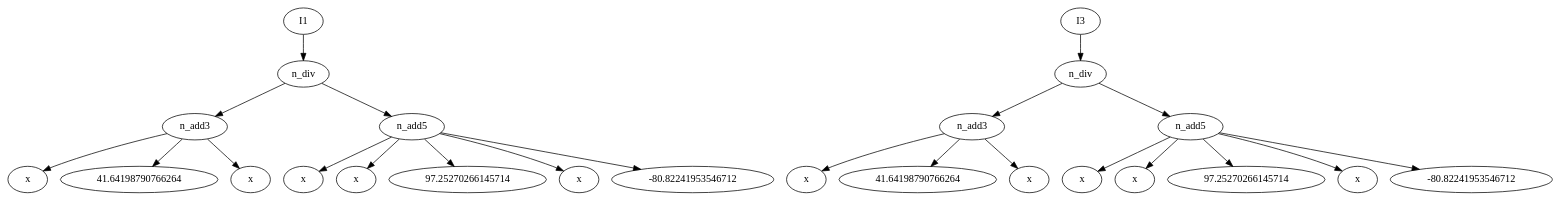
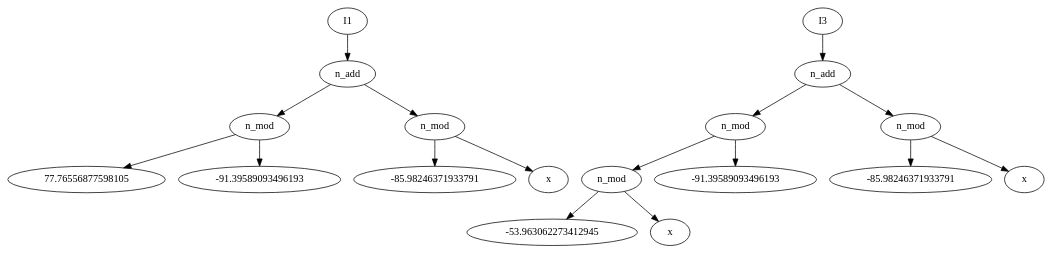
The diagram in report/mates.dot (munifgebara/josilTs), drawn with Graphviz before and after one commit. The commit also changed 31 other files, not shown here.

```diff
--- a/report/mates.dot
+++ b/report/mates.dot
@@ -1,47 +1,35 @@
- digraph G20 {N35 [label="I1"];
-N35 -> N36;
-N36 [label="n_div"];
-N36 -> N37;
-N37 [label="n_add3"];
-N37 -> N38;
-N38 [label="x"];
-N37 -> N39;
-N39 [label="41.64198790766264"];
-N37 -> N40;
-N40 [label="x"];
-N36 -> N41;
-N41 [label="n_add5"];
-N41 -> N42;
-N42 [label="x"];
-N41 -> N43;
-N43 [label="x"];
-N41 -> N44;
-N44 [label="97.25270266145714"];
-N41 -> N45;
-N45 [label="x"];
-N41 -> N46;
-N46 [label="-80.82241953546712"];
-N55 [label="I3"];
-N55 -> N178;
-N178 [label="n_div"];
-N178 -> N184;
-N184 [label="n_add3"];
-N184 -> N188;
-N188 [label="x"];
-N184 -> N189;
-N189 [label="41.64198790766264"];
-N184 -> N190;
-N190 [label="x"];
-N178 -> N191;
-N191 [label="n_add5"];
-N191 -> N197;
-N197 [label="x"];
-N191 -> N198;
-N198 [label="x"];
-N191 -> N199;
-N199 [label="97.25270266145714"];
-N191 -> N200;
-N200 [label="x"];
-N191 -> N201;
-N201 [label="-80.82241953546712"];
+ digraph G20 {N29 [label="I1"];
+N29 -> N30;
+N30 [label="n_add"];
+N30 -> N31;
+N31 [label="n_mod"];
+N31 -> N32;
+N32 [label="77.76556877598105"];
+N31 -> N33;
+N33 [label="-91.39589093496193"];
+N30 -> N34;
+N34 [label="n_mod"];
+N34 -> N35;
+N35 [label="-85.98246371933791"];
+N34 -> N36;
+N36 [label="x"];
+N45 [label="I3"];
+N45 -> N131;
+N131 [label="n_add"];
+N131 -> N138;
+N138 [label="n_mod"];
+N138 -> N218;
+N218 [label="n_mod"];
+N218 -> N221;
+N221 [label="-53.963062273412945"];
+N218 -> N222;
+N222 [label="x"];
+N138 -> N142;
+N142 [label="-91.39589093496193"];
+N131 -> N143;
+N143 [label="n_mod"];
+N143 -> N146;
+N146 [label="-85.98246371933791"];
+N143 -> N147;
+N147 [label="x"];
 }
```
